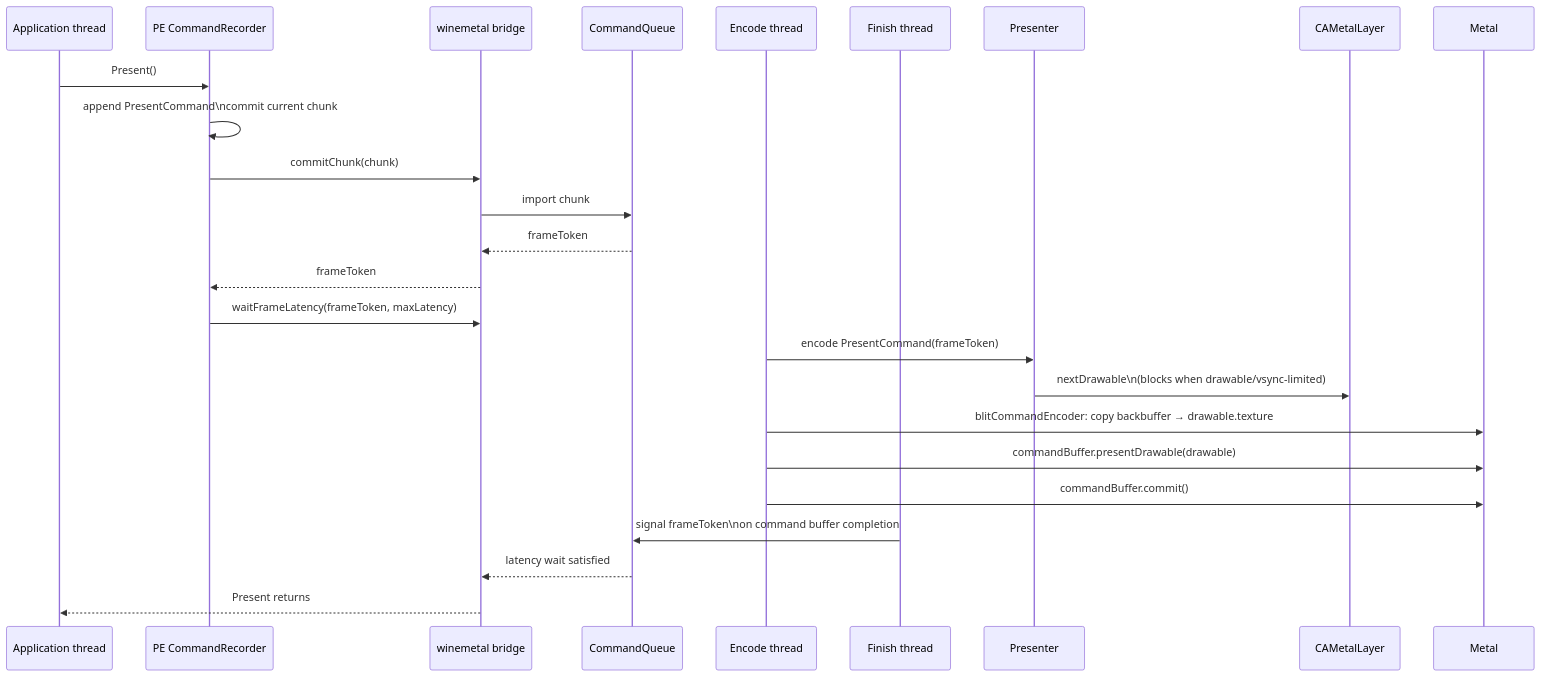
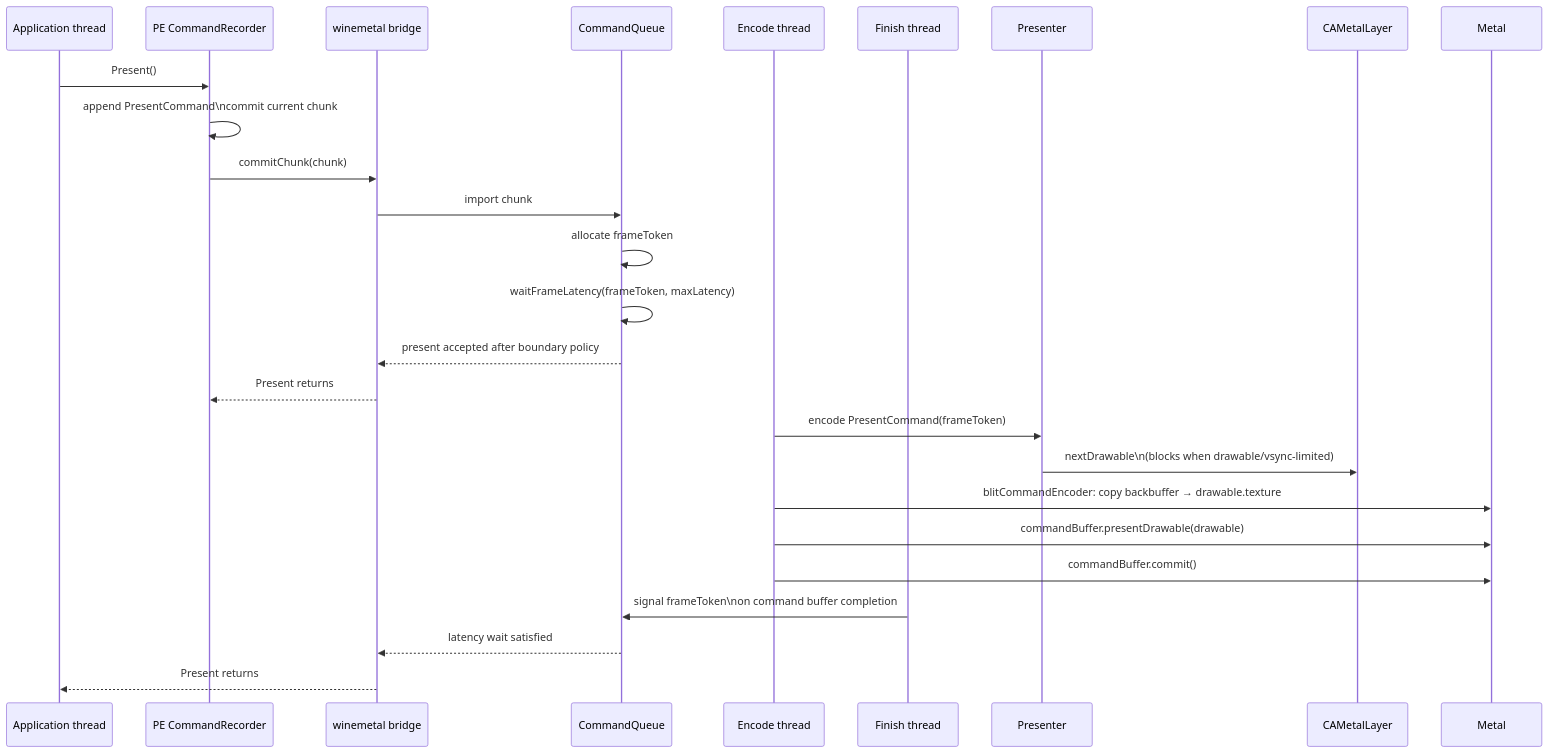
One commit to dfdgsdfg/dxmt9 changed the tenth of 11 diagrams in specs/backend/design.md. Above: the diagram before and after it, drawn with Mermaid. The commit also changed 13 other files, not shown here.

````diff
--- a/specs/backend/design.md
+++ b/specs/backend/design.md
@@ -358,29 +358,30 @@
 ```mermaid
 sequenceDiagram
     participant App as Application thread
     participant Rec as PE CommandRecorder
     participant BR as winemetal bridge
     participant CQ as CommandQueue
     participant ET as Encode thread
     participant FT as Finish thread
     participant PR as Presenter
     participant CL as CAMetalLayer
     participant MTL as Metal
 
     App->>Rec: Present()
     Rec->>Rec: append PresentCommand\ncommit current chunk
     Rec->>BR: commitChunk(chunk)
     BR->>CQ: import chunk
-    CQ-->>BR: frameToken
-    BR-->>Rec: frameToken
-    Rec->>BR: waitFrameLatency(frameToken, maxLatency)
+    CQ->>CQ: allocate frameToken
+    CQ->>CQ: waitFrameLatency(frameToken, maxLatency)
+    CQ-->>BR: present accepted after boundary policy
+    BR-->>Rec: Present returns
 
     ET->>PR: encode PresentCommand(frameToken)
     PR->>CL: nextDrawable\n(blocks when drawable/vsync-limited)
     ET->>MTL: blitCommandEncoder: copy backbuffer → drawable.texture
     ET->>MTL: commandBuffer.presentDrawable(drawable)
     ET->>MTL: commandBuffer.commit()
     FT->>CQ: signal frameToken\non command buffer completion
     CQ-->>BR: latency wait satisfied
     BR-->>App: Present returns
 ```
````
